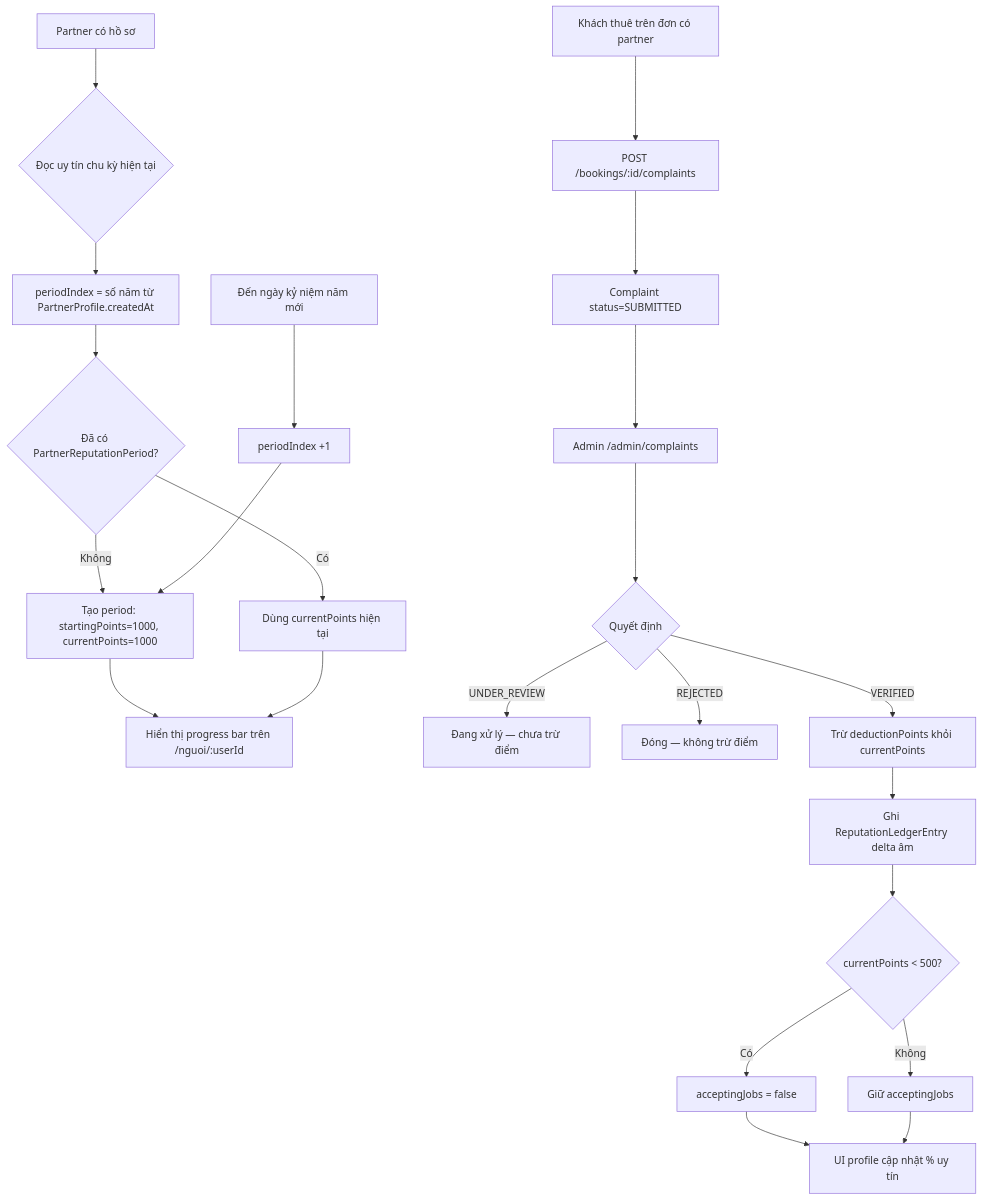
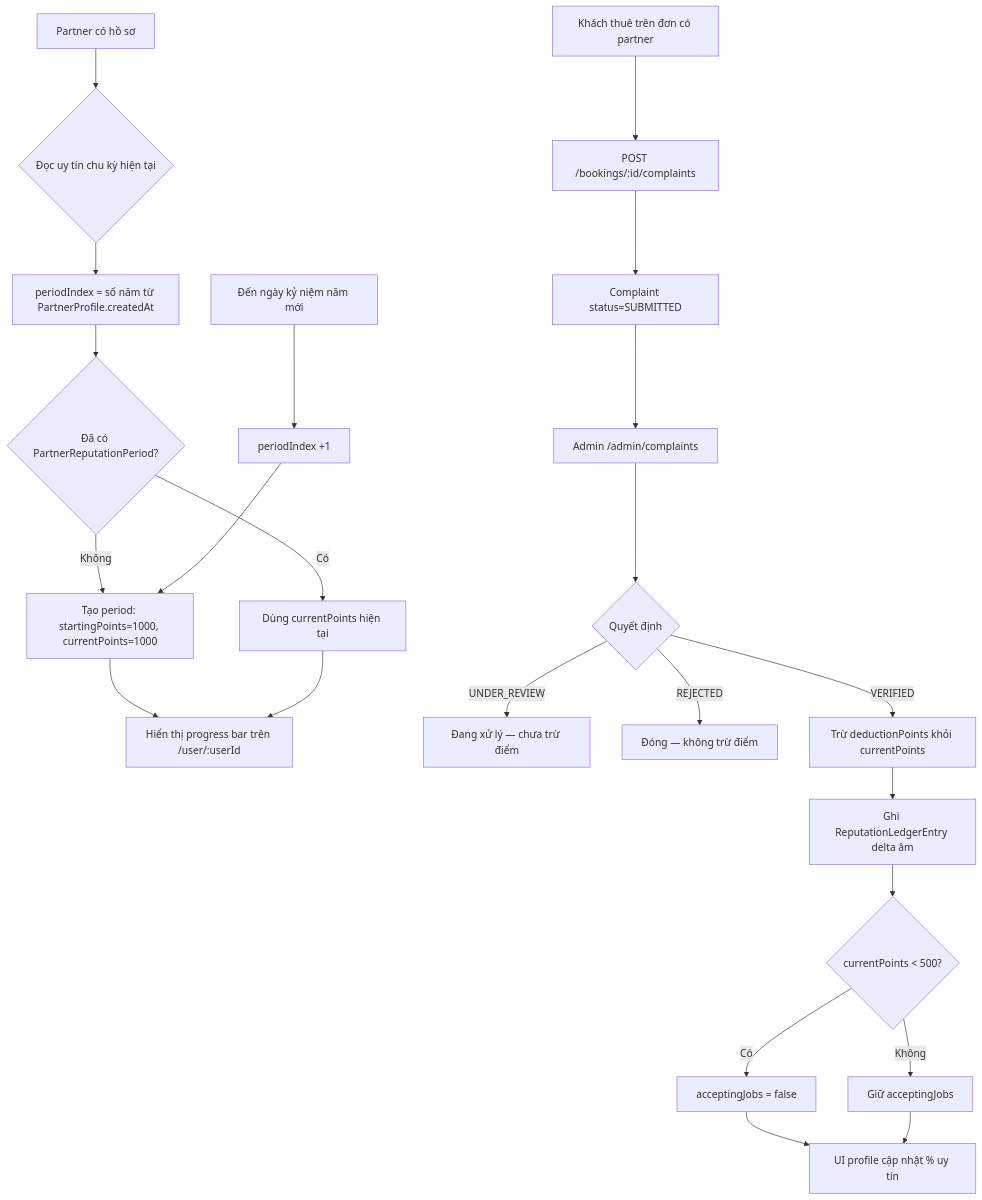
Before and after one commit to zonbita/DichVuOi: the diagram in README.md, drawn with Mermaid. The commit also changed other lines of this file and 53 other files, not shown here.

````diff
--- a/README.md
+++ b/README.md
@@ -440,28 +454,28 @@
 ```mermaid
 flowchart TD
   A[Partner có hồ sơ] --> B{Đọc uy tín chu kỳ hiện tại}
   B --> C[periodIndex = số năm từ PartnerProfile.createdAt]
   C --> D{Đã có PartnerReputationPeriod?}
   D -->|Không| E[Tạo period: startingPoints=1000, currentPoints=1000]
   D -->|Có| F[Dùng currentPoints hiện tại]
-  E --> G[Hiển thị progress bar trên /nguoi/:userId]
+  E --> G[Hiển thị progress bar trên /user/:userId]
   F --> G
 
   H[Khách thuê trên đơn có partner] --> I[POST /bookings/:id/complaints]
   I --> J[Complaint status=SUBMITTED]
   J --> K[Admin /admin/complaints]
 
   K --> L{Quyết định}
   L -->|UNDER_REVIEW| M[Đang xử lý — chưa trừ điểm]
   L -->|REJECTED| N[Đóng — không trừ điểm]
   L -->|VERIFIED| O[Trừ deductionPoints khỏi currentPoints]
   O --> P[Ghi ReputationLedgerEntry delta âm]
   P --> Q{currentPoints < 500?}
   Q -->|Có| R[acceptingJobs = false]
   Q -->|Không| S[Giữ acceptingJobs]
   R --> T[UI profile cập nhật % uy tín]
   S --> T
 
   U[Đến ngày kỷ niệm năm mới] --> V[periodIndex +1]
   V --> E
 ```
````
